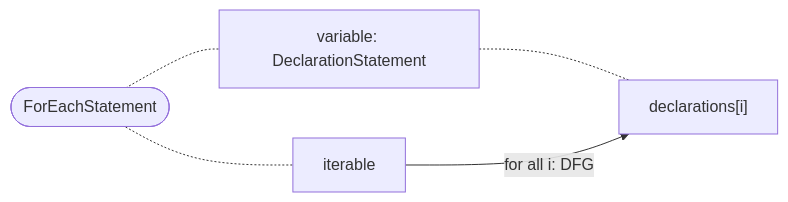
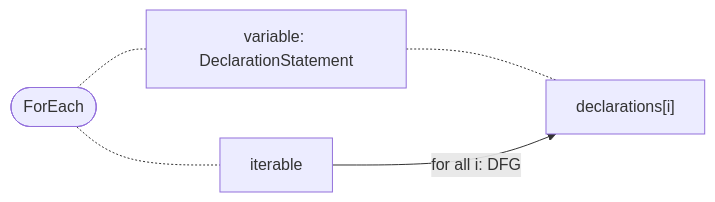
One commit to Fraunhofer-AISEC/cpg changed diagram 29 of 40 in docs/docs/CPG/specs/dfg.md. Above: the diagram before and after it, drawn with Mermaid. The commit also changed other lines of this file and 99 other files, not shown here.

First line of the commit message:
Remove `Statement` suffix from expression node classes (#2604)

````diff
--- a/docs/docs/CPG/specs/dfg.md
+++ b/docs/docs/CPG/specs/dfg.md
@@ -578,7 +578,7 @@
 ```mermaid
   flowchart LR
-    node([ForEachStatement]) -.- variable[variable: DeclarationStatement]
+    node([ForEach]) -.- variable[variable: DeclarationStatement]
     node -.- iterable[iterable]
     variable -.- declarations["declarations[i]"]
     iterable -- for all i: DFG --> declarations
 ```
````
